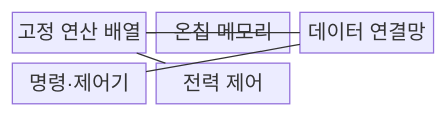
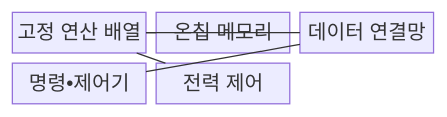
Before and after one commit to agnusdei1207/knowledge-base: the first of 2 diagrams in src/content/docs/notes/08-latest-tech/144_asic_ai_acceleration.md, drawn with Mermaid. The commit also changed other lines of this file and 953 other files, not shown here.

````diff
--- a/src/content/docs/notes/08-latest-tech/144_asic_ai_acceleration.md
+++ b/src/content/docs/notes/08-latest-tech/144_asic_ai_acceleration.md
@@ -66,13 +66,13 @@
 ```mermaid
 block-beta
   columns 3
   A["고정 연산 배열"]
   B["온칩 메모리"]
   C["데이터 연결망"]
-  D["명령·제어기"]
+  D["명령•제어기"]
   E["전력 제어"]
   A --- B
   A --- C
   C --- D
   E --- A
 ```
````
